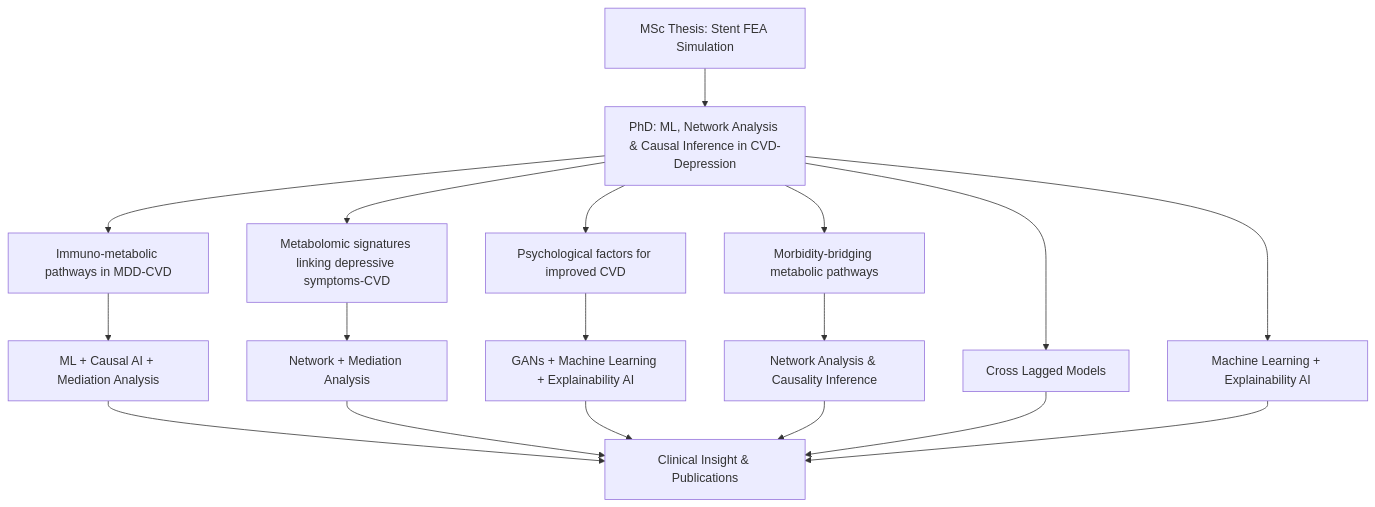
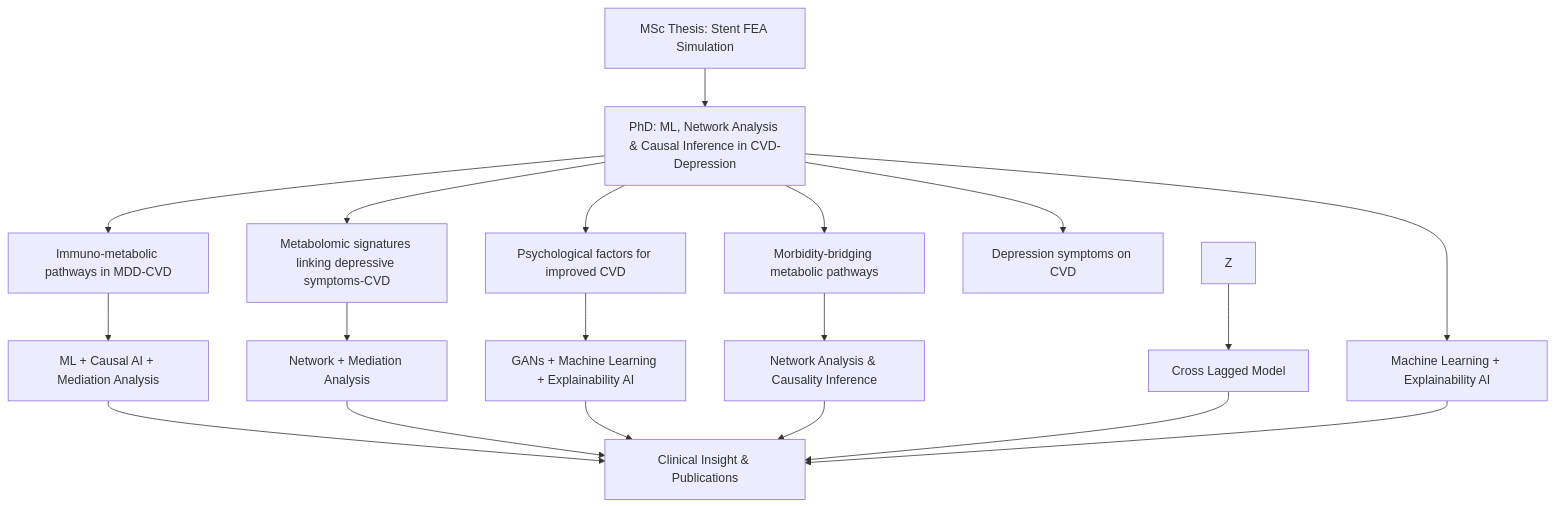
One commit to AngelaKoloi/Biomedical-Data-Science-Research changed the diagram in README.md. Above: the diagram before and after it, drawn with Mermaid.

````diff
--- a/README.md
+++ b/README.md
@@ -17,20 +17,21 @@
 ```mermaid
 graph TD
     A[MSc Thesis: Stent FEA Simulation] --> B[PhD: ML, Network Analysis & Causal Inference in CVD-Depression]
     B --> C[Psychological factors for improved CVD]
     B --> D[Metabolomic signatures linking depressive symptoms-CVD]
     B --> E[Morbidity-bridging metabolic pathways]
     B --> F[Immuno-metabolic pathways in MDD-CVD]
     C --> G[GANs + Machine Learning + Explainability AI]
     D --> H[Network + Mediation Analysis]
     E --> I[Network Analysis & Causality Inference]
     F --> J[ML + Causal AI + Mediation Analysis]
     J --> K[Clinical Insight & Publications]
     H --> K
     G --> K
     I --> K
-    B --> L[Cross Lagged Models]
-    L --> K
+    B --> L[Depression symptoms on CVD]
+    Z --> O[Cross Lagged Model]
+    O --> K
     B --> M[Machine Learning + Explainability AI]
     M --> K
 ```
````
